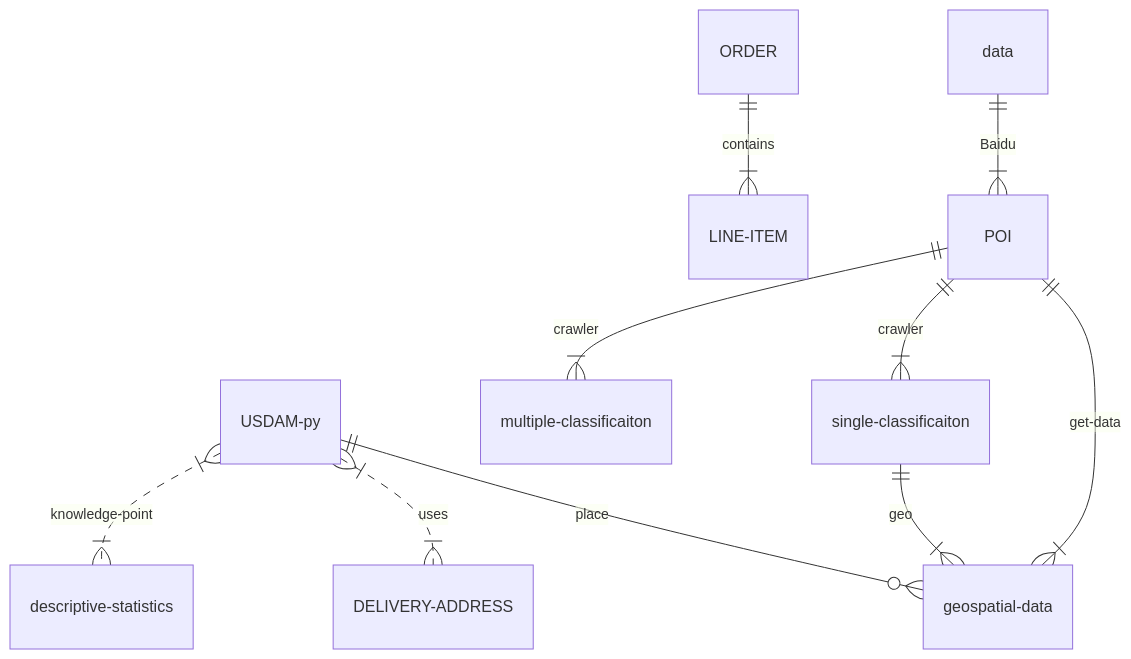
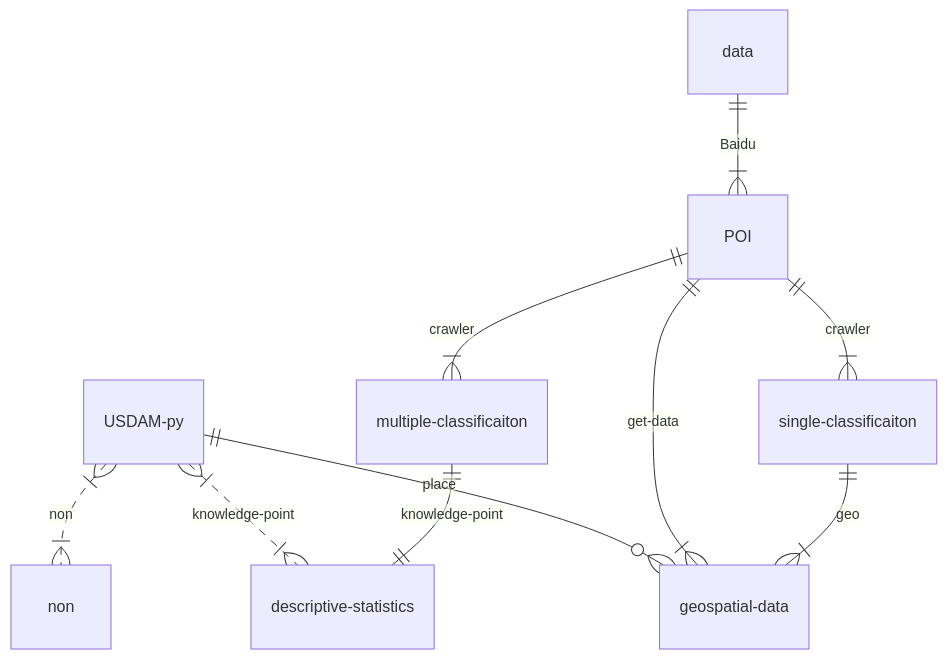
One commit to Weijun-H/Urban-Spatial-Data-Analysis_python changed the diagram in docs/markdown/structure_chapters.md. Above: the diagram before and after it, drawn with Mermaid.

Commit message:
chapterStr

````diff
--- a/docs/markdown/structure_chapters.md
+++ b/docs/markdown/structure_chapters.md
@@ -5,12 +5,12 @@
 ```mermaid
 erDiagram
     USDAM-py ||--o{ geospatial-data : place 
-    ORDER ||--|{ LINE-ITEM : contains
-    USDAM-py }|..|{ DELIVERY-ADDRESS : uses
+    USDAM-py }|..|{ non : non
     data ||--|{ POI : Baidu
     POI ||--|{ geospatial-data : get-data
     POI ||--|{ single-classificaiton : crawler
     POI ||--|{ multiple-classificaiton : crawler
     single-classificaiton ||--|{ geospatial-data : geo
     USDAM-py }|..|{ descriptive-statistics : knowledge-point
+    multiple-classificaiton ||--|| descriptive-statistics : knowledge-point
 ```
````
